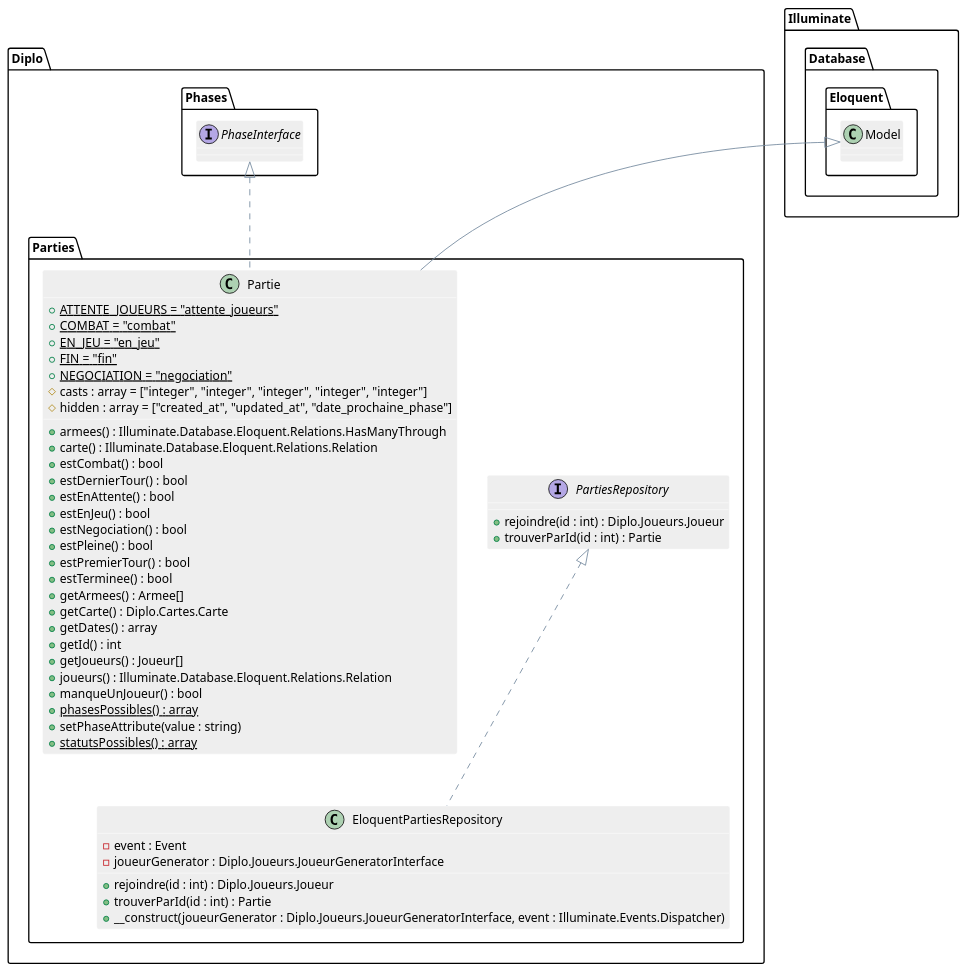
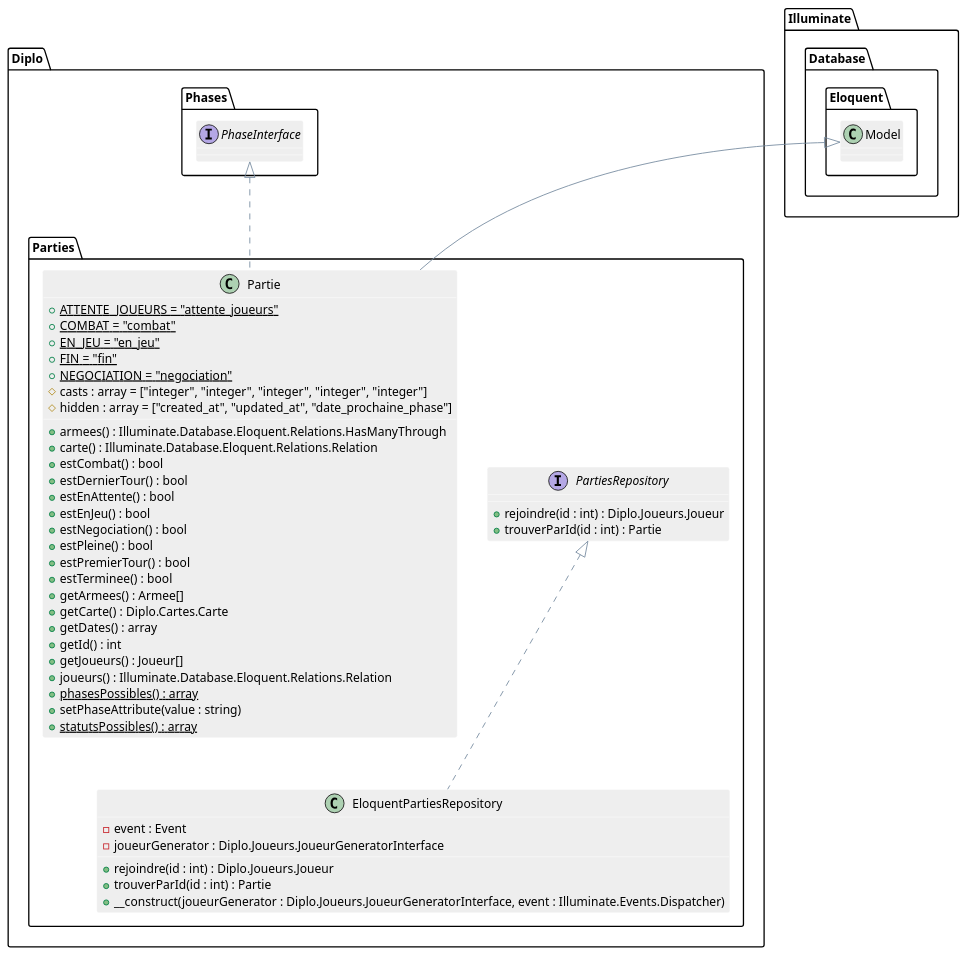
One commit to AntoineAugusti/diplo changed the diagram in rapports/final/diagrammes/php-export-cut/Parties.plantuml. Above: the diagram before and after it, drawn with PlantUML. The commit also changed 8 other files, not shown here.

```diff
--- a/rapports/final/diagrammes/php-export-cut/Parties.plantuml
+++ b/rapports/final/diagrammes/php-export-cut/Parties.plantuml
@@ -1,108 +1,107 @@
 @startuml
 
 skinparam shadowing false
 skinparam stereotypeCBackgroundColor #5B9BD5
 ' skinparam backgroundColor transparent
 
 skinparam note {
   BackgroundColor #73AE42
   BorderColor #6CA43E
   FontColor white
 }
 
 skinparam class {
   BackgroundColor #EEEEEE
   ArrowColor #758A9F
   BorderColor #FFFFFF
 }
 
 skinparam sequence {
   ArrowColor #6CA43E
 
   LifeLineBorderColor #6CA43E
   LifeLineBackgroundColor #73AE42
 
   ParticipantBorderColor #2E75B5
   ParticipantBackgroundColor #5B9BD5
 
   ActorBorderColor #2E75B5
   ActorBackgroundColor #5B9BD5
 
   BoxLineColor #A5A5A5
 }
 
 skinparam state {
   BackgroundColor #EEEEEE
   ArrowColor #758A9F
   BorderColor #9E9E9E
 }
 
 skinparam usecase {
   BackgroundColor #EEEEEE
   BorderColor #9E9E9E
 
   ArrowColor #6CA43E
   ActorBorderColor #6CA43E
 }
 
 skinparam component {
   BackgroundColor #EEEEEE
   ArrowColor #758A9F
   BorderColor #9E9E9E
 }
 
 skinparam node {
   BackgroundColor #FFFFFF
   ArrowColor #758A9F
   BorderColor #9E9E9E
 }
 
 skinparam database {
   BackgroundColor #EEEEEE
   ArrowColor #758A9F
   BorderColor #9E9E9E
 }
 interface Diplo.Parties.PartiesRepository {
     +rejoindre(id : int) : Diplo.Joueurs.Joueur
     +trouverParId(id : int) : Partie
 }
 class Diplo.Parties.Partie {
     +{static}ATTENTE_JOUEURS = "attente_joueurs"
     +{static}COMBAT = "combat"
     +{static}EN_JEU = "en_jeu"
     +{static}FIN = "fin"
     +{static}NEGOCIATION = "negociation"
     #casts : array = ["integer", "integer", "integer", "integer", "integer"]
     #hidden : array = ["created_at", "updated_at", "date_prochaine_phase"]
     +armees() : Illuminate.Database.Eloquent.Relations.HasManyThrough
     +carte() : Illuminate.Database.Eloquent.Relations.Relation
     +estCombat() : bool
     +estDernierTour() : bool
     +estEnAttente() : bool
     +estEnJeu() : bool
     +estNegociation() : bool
     +estPleine() : bool
     +estPremierTour() : bool
     +estTerminee() : bool
     +getArmees() : Armee[]
     +getCarte() : Diplo.Cartes.Carte
     +getDates() : array
     +getId() : int
     +getJoueurs() : Joueur[]
     +joueurs() : Illuminate.Database.Eloquent.Relations.Relation
-    +manqueUnJoueur() : bool
     +{static}phasesPossibles() : array
     +setPhaseAttribute(value : string)
     +{static}statutsPossibles() : array
 }
 class Diplo.Parties.Partie extends Illuminate.Database.Eloquent.Model
 class Diplo.Parties.Partie implements Diplo.Phases.PhaseInterface
 class Diplo.Parties.EloquentPartiesRepository {
     -event : Event
     -joueurGenerator : Diplo.Joueurs.JoueurGeneratorInterface
     +rejoindre(id : int) : Diplo.Joueurs.Joueur
     +trouverParId(id : int) : Partie
     +__construct(joueurGenerator : Diplo.Joueurs.JoueurGeneratorInterface, event : Illuminate.Events.Dispatcher)
 }
 class Diplo.Parties.EloquentPartiesRepository implements Diplo.Parties.PartiesRepository
 @enduml
```
